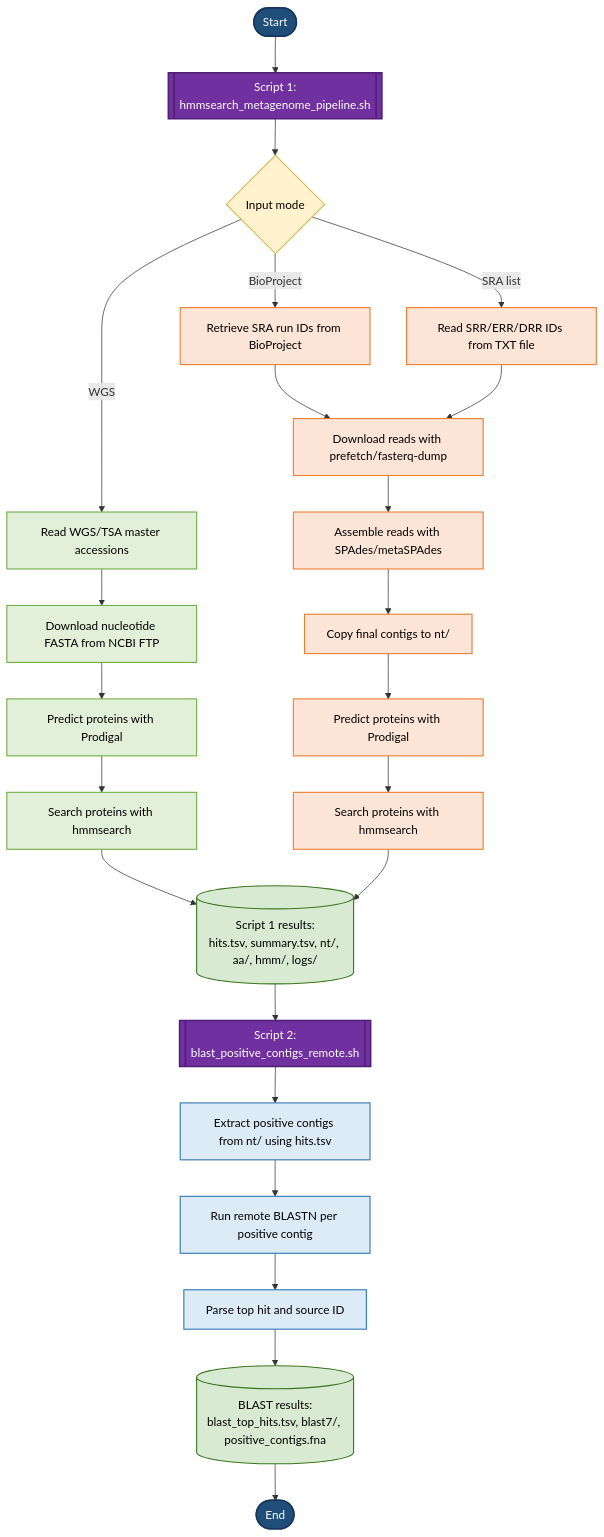
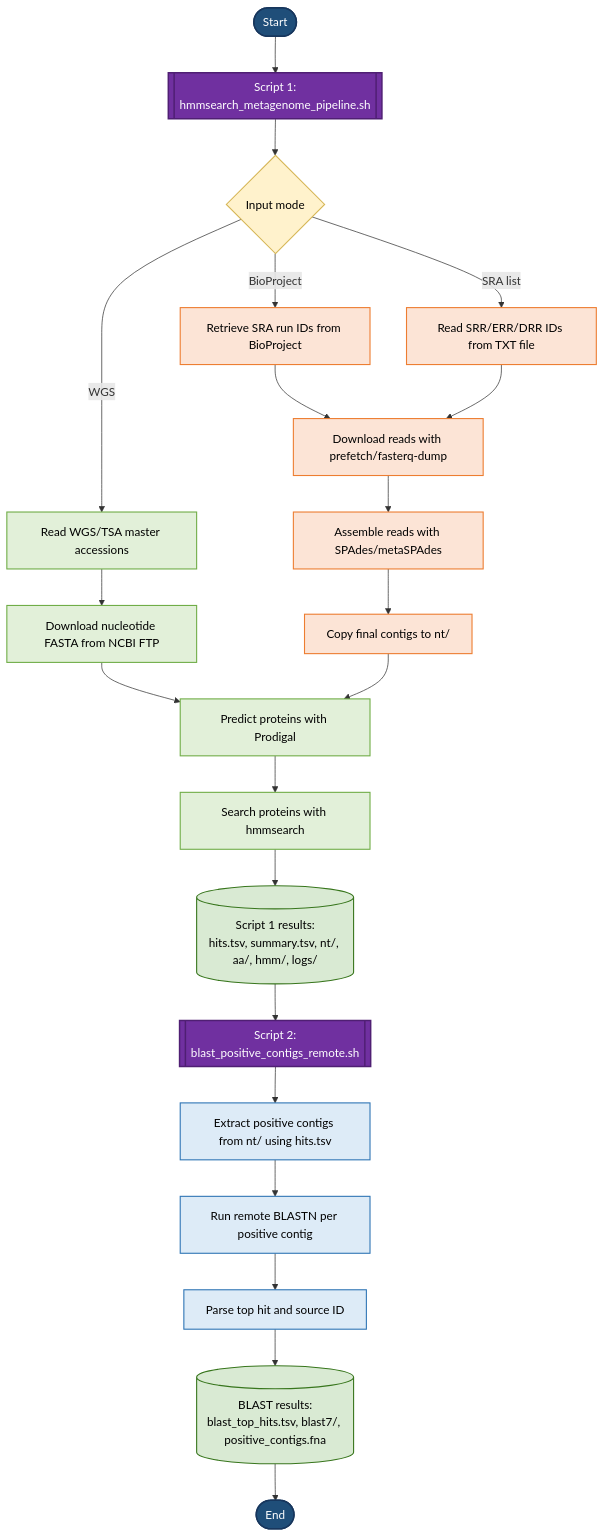
One commit to mredrejo/hmmsearch_metagenome changed the diagram in README.md. Above: the diagram before and after it, drawn with Mermaid.

Commit message:
Update workflow

````diff
--- a/README.md
+++ b/README.md
@@ -39,45 +39,44 @@
 ```mermaid
 flowchart TD
     A([Start]) --> S1[[Script 1:<br/>hmmsearch_metagenome_pipeline.sh]]
     S1 --> M{Input mode}
 
     M -->|WGS| W1[Read WGS/TSA master accessions]
     W1 --> W2[Download nucleotide FASTA from NCBI FTP]
     W2 --> W3[Predict proteins with Prodigal]
     W3 --> W4[Search proteins with hmmsearch]
 
     M -->|BioProject| B1[Retrieve SRA run IDs from BioProject]
     M -->|SRA list| L1[Read SRR/ERR/DRR IDs from TXT file]
     B1 --> SRA1[Download reads with prefetch/fasterq-dump]
     L1 --> SRA1
     SRA1 --> SRA2[Assemble reads with SPAdes/metaSPAdes]
     SRA2 --> SRA3[Copy final contigs to nt/]
-    SRA3 --> SRA4[Predict proteins with Prodigal]
-    SRA4 --> SRA5[Search proteins with hmmsearch]
+    SRA3 --> W3
 
     W4 --> R1[(Script 1 results:<br/>hits.tsv, summary.tsv, nt/, aa/, hmm/, logs/)]
-    SRA5 --> R1
+   
 
     R1 --> S2[[Script 2:<br/>blast_positive_contigs_remote.sh]]
     S2 --> B2[Extract positive contigs from nt/ using hits.tsv]
     B2 --> B3[Run remote BLASTN per positive contig]
     B3 --> B4[Parse top hit and source ID]
     B4 --> R2[(BLAST results:<br/>blast_top_hits.tsv, blast7/, positive_contigs.fna)]
     R2 --> Z([End])
 
     classDef script fill:#7030a0,color:#ffffff,stroke:#4f1f73,stroke-width:2px;
     classDef mode fill:#fff2cc,color:#000000,stroke:#d6b656,stroke-width:1.5px;
     classDef wgs fill:#e2f0d9,color:#000000,stroke:#70ad47,stroke-width:1.5px;
     classDef sra fill:#fce4d6,color:#000000,stroke:#ed7d31,stroke-width:1.5px;
     classDef output fill:#d9ead3,color:#000000,stroke:#38761d,stroke-width:1.5px;
     classDef blast fill:#ddebf7,color:#000000,stroke:#2f75b5,stroke-width:1.5px;
     classDef startEnd fill:#1f4e79,color:#ffffff,stroke:#17365d,stroke-width:2px;
 
     class A,Z startEnd;
     class S1,S2 script;
     class M mode;
     class W1,W2,W3,W4 wgs;
     class B1,L1,SRA1,SRA2,SRA3,SRA4,SRA5 sra;
     class R1,R2 output;
     class B2,B3,B4 blast;
 ```
````
